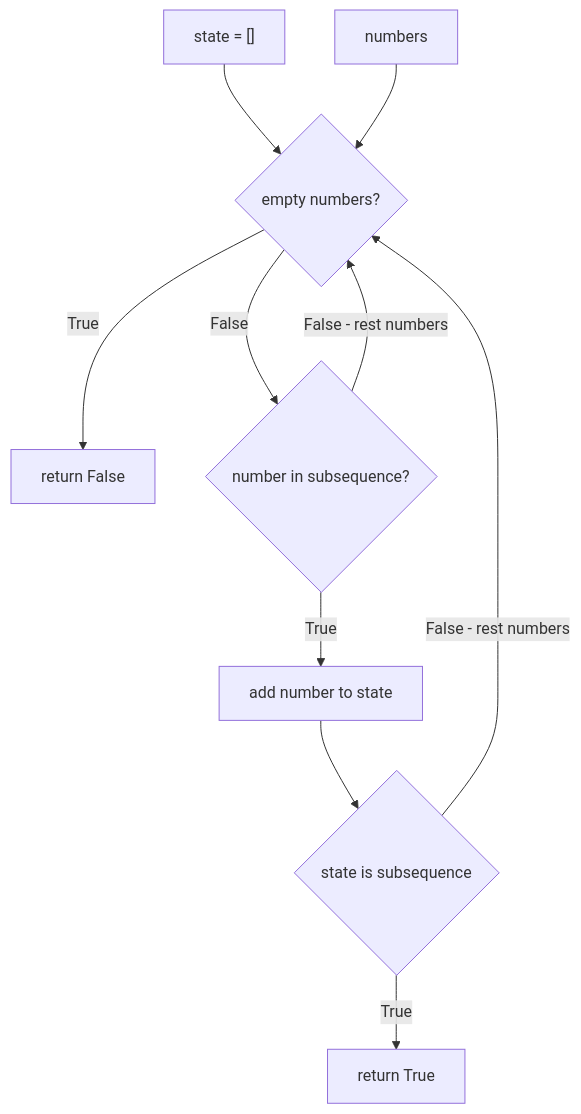
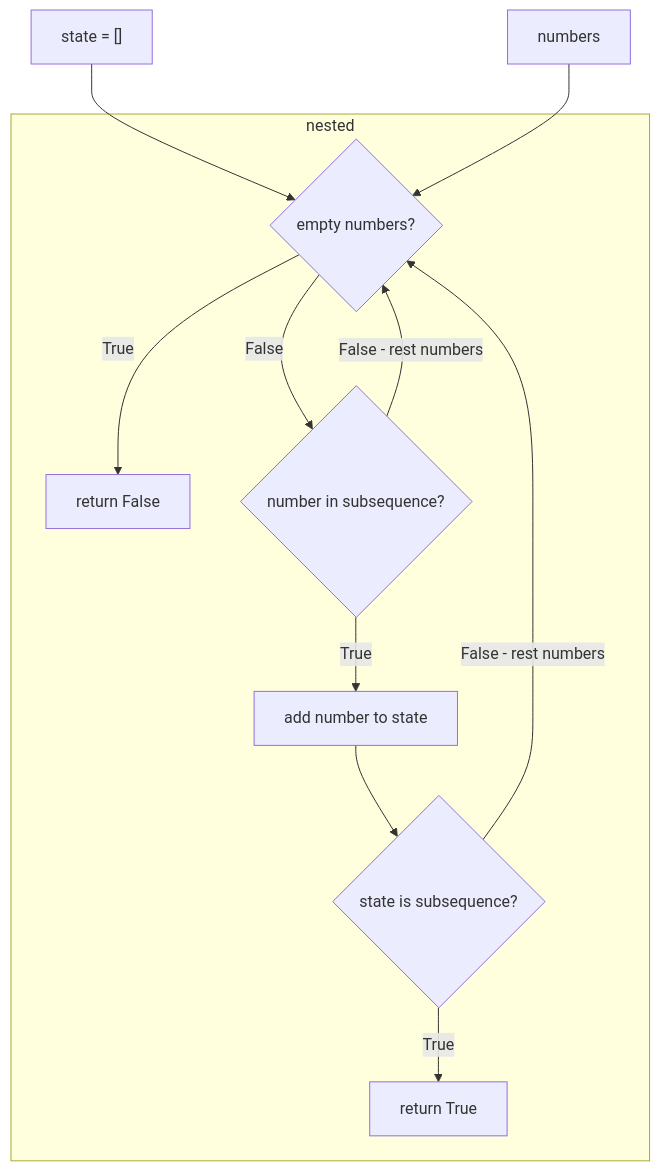
One commit to grierson/katas changed the diagram in AlgoExpert/Arrays/Validate-Subsequence/README.md. Above: the diagram before and after it, drawn with Mermaid. The commit also changed other lines of this file and 1 other file, not shown here.

Commit message:
recursion

````diff
--- a/AlgoExpert/Arrays/Validate-Subsequence/README.md
+++ b/AlgoExpert/Arrays/Validate-Subsequence/README.md
@@ -27,12 +27,14 @@
 ```mermaid
 flowchart TD
 state["state = []"]  --> isEmpty
 numbers --> isEmpty{"empty numbers?"}
-isEmpty --> |True| _["return False"]
-isEmpty --> |False| Check{"number in subsequence?"}
-Check --> |True| Add["add number to state"]
-Check --> |False - rest numbers| isEmpty
-Add --> Complete{"state is subsequence"}
-Complete --> |True| Done["return True"]
-Complete --> |False - rest numbers| isEmpty
+subgraph nested
+    isEmpty --> |True| _["return False"]
+    isEmpty --> |False| Check{"number in subsequence?"}
+    Check --> |True| Add["add number to state"]
+    Check --> |False - rest numbers| isEmpty
+    Add --> Complete{"state is subsequence?"}
+    Complete --> |True| Done["return True"]
+    Complete --> |False - rest numbers| isEmpty
+end
 ```
````
